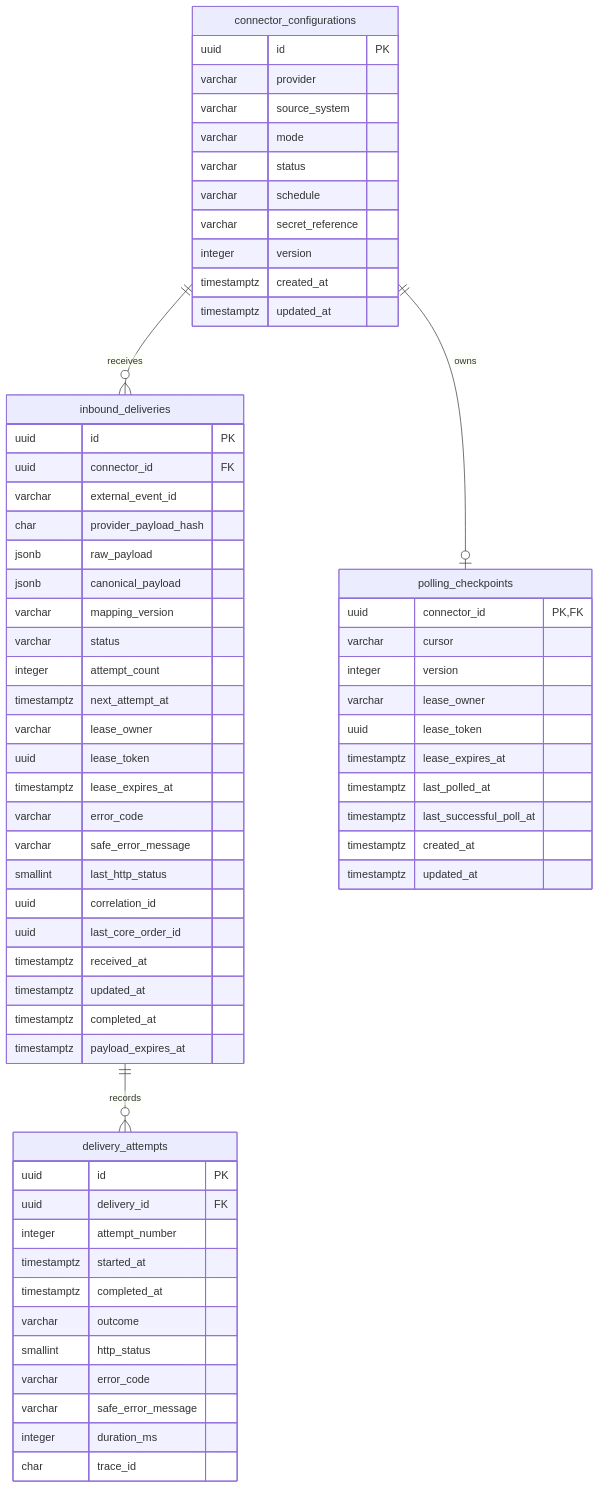
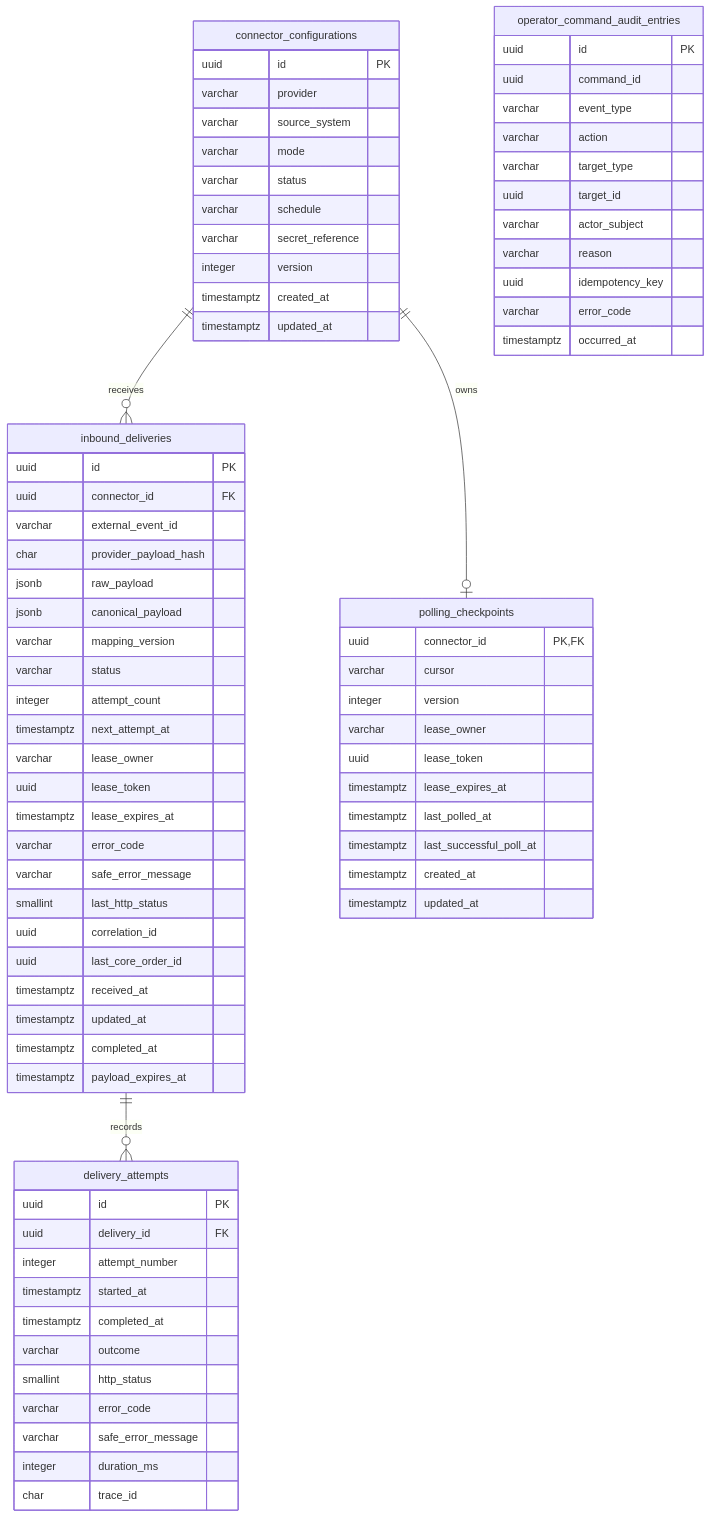
The second of 2 diagrams in docs/data-model.md (PietroRussoD/commerce-integration-hub), drawn with Mermaid before and after one commit. The commit also changed other lines of this file and 7 other files, not shown here.

Commit message:
✨ Add immutable operator command audit journal

````diff
--- a/docs/data-model.md
+++ b/docs/data-model.md
@@ -250,4 +250,18 @@
         timestamptz created_at
         timestamptz updated_at
     }
+
+    operator_command_audit_entries {
+        uuid id PK
+        uuid command_id
+        varchar event_type
+        varchar action
+        varchar target_type
+        uuid target_id
+        varchar actor_subject
+        varchar reason
+        uuid idempotency_key
+        varchar error_code
+        timestamptz occurred_at
+    }
 ```
````
